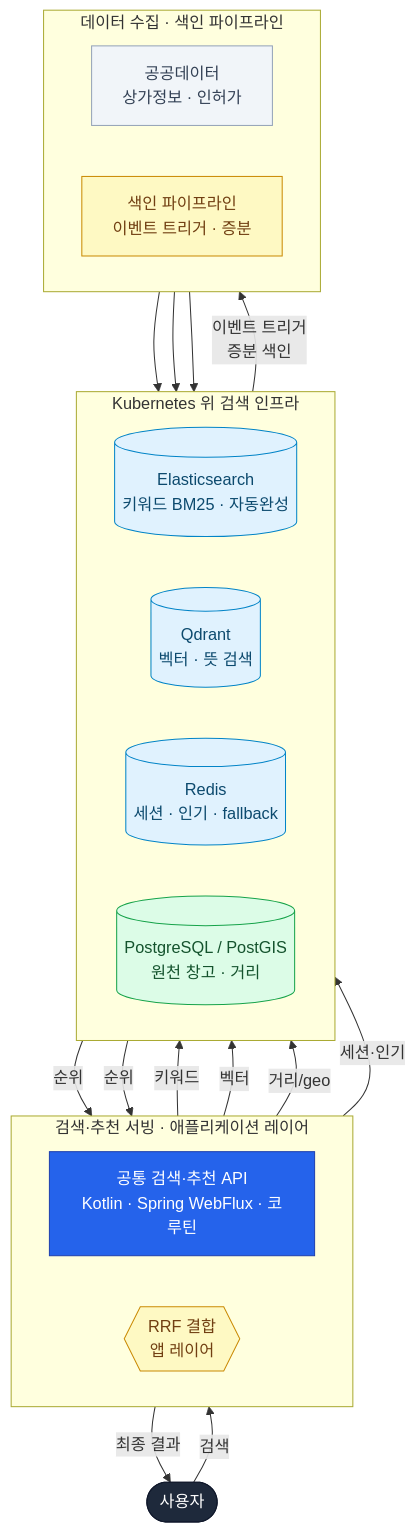
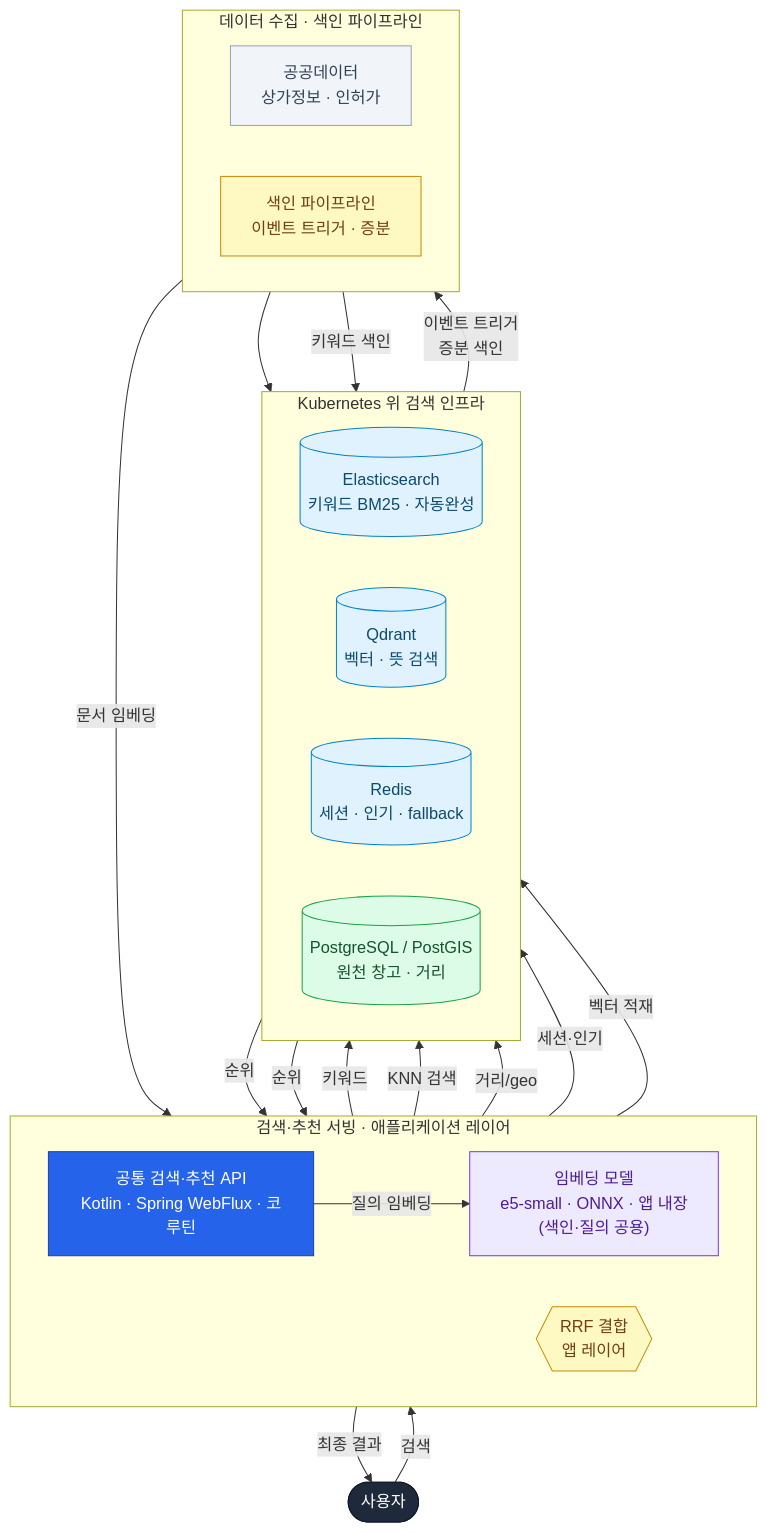
Before and after one commit to YubinShin/nearby: the diagram in docs/diagrams/architecture.mmd, drawn with Mermaid. The commit also changed 5 other files, not shown here.

```diff
--- a/docs/diagrams/architecture.mmd
+++ b/docs/diagrams/architecture.mmd
@@ -1,45 +1,49 @@
 flowchart TB
     USER([사용자]):::user
 
     subgraph SERVE[검색·추천 서빙 · 애플리케이션 레이어]
         direction LR
         API["공통 검색·추천 API<br/>Kotlin · Spring WebFlux · 코루틴"]:::api
+        EMB["임베딩 모델<br/>e5-small · ONNX · 앱 내장<br/>(색인·질의 공용)"]:::model
         RRF{{"RRF 결합<br/>앱 레이어"}}:::logic
     end
 
     subgraph ENGINES[Kubernetes 위 검색 인프라]
         direction LR
         ES[("Elasticsearch<br/>키워드 BM25 · 자동완성")]:::engine
         QD[("Qdrant<br/>벡터 · 뜻 검색")]:::engine
         RD[("Redis<br/>세션 · 인기 · fallback")]:::engine
         PG[("PostgreSQL / PostGIS<br/>원천 창고 · 거리")]:::store
     end
 
     subgraph INGEST[데이터 수집 · 색인 파이프라인]
         direction LR
         SRC["공공데이터<br/>상가정보 · 인허가"]:::src
         IDX["색인 파이프라인<br/>이벤트 트리거 · 증분"]:::logic
     end
 
     %% 검색 흐름 (위 → 아래)
     USER -->|검색| API
     API -->|키워드| ES
-    API -->|벡터| QD
+    API -->|질의 임베딩| EMB
+    EMB -->|KNN 검색| QD
     API -->|거리/geo| PG
     API -->|세션·인기| RD
     ES -->|순위| RRF
     QD -->|순위| RRF
     RRF -->|최종 결과| USER
 
     %% 색인 흐름 (아래 → 위)
     SRC --> PG
     PG -->|이벤트 트리거<br/>증분 색인| IDX
-    IDX --> ES
-    IDX --> QD
+    IDX -->|키워드 색인| ES
+    IDX -->|문서 임베딩| EMB
+    EMB -->|벡터 적재| QD
 
     classDef user fill:#1e293b,color:#ffffff,stroke:#0f172a,stroke-width:1px;
     classDef api fill:#2563eb,color:#ffffff,stroke:#1e40af,stroke-width:1px;
+    classDef model fill:#ede9fe,color:#4c1d95,stroke:#7c3aed,stroke-width:1px;
     classDef engine fill:#e0f2fe,color:#0c4a6e,stroke:#0284c7,stroke-width:1px;
     classDef store fill:#dcfce7,color:#14532d,stroke:#16a34a,stroke-width:1px;
     classDef logic fill:#fef9c3,color:#713f12,stroke:#ca8a04,stroke-width:1px;
     classDef src fill:#f1f5f9,color:#334155,stroke:#94a3b8,stroke-width:1px;
```
